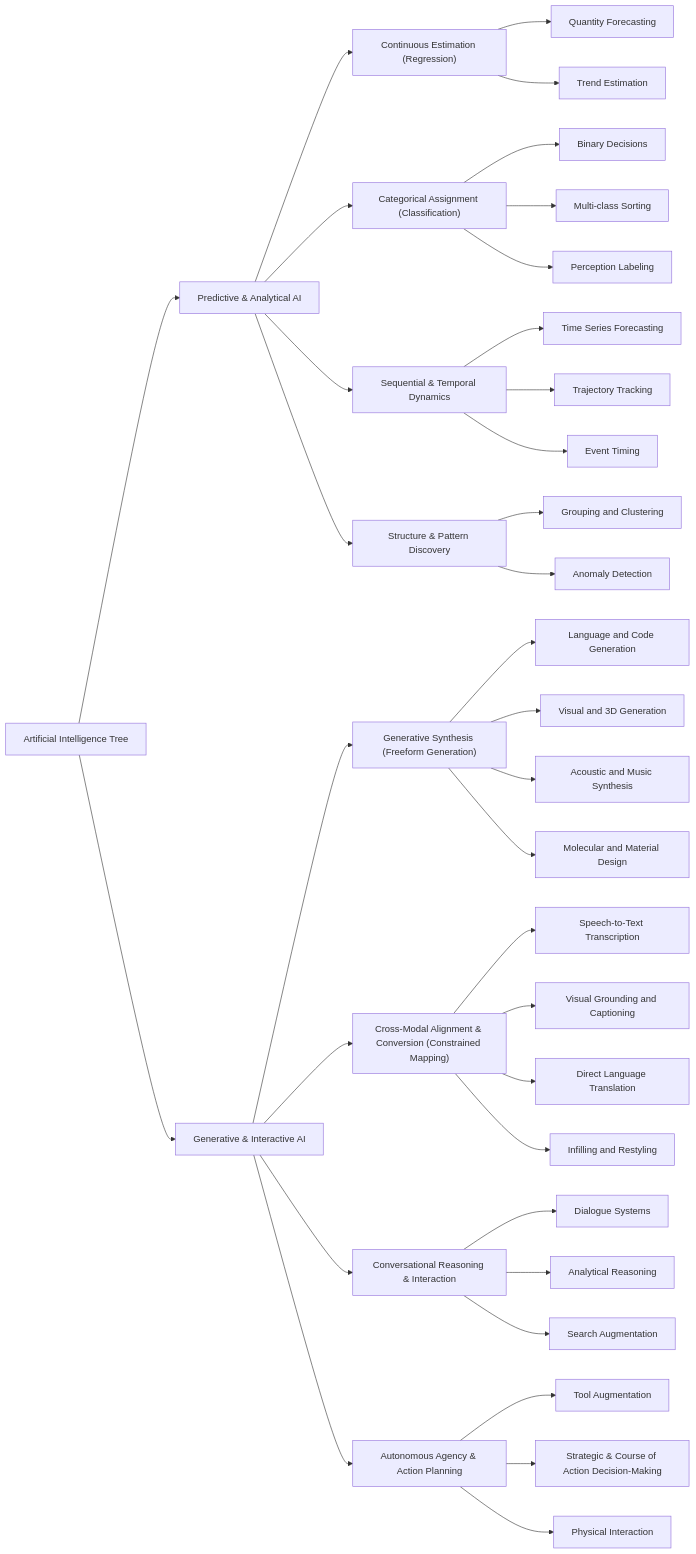
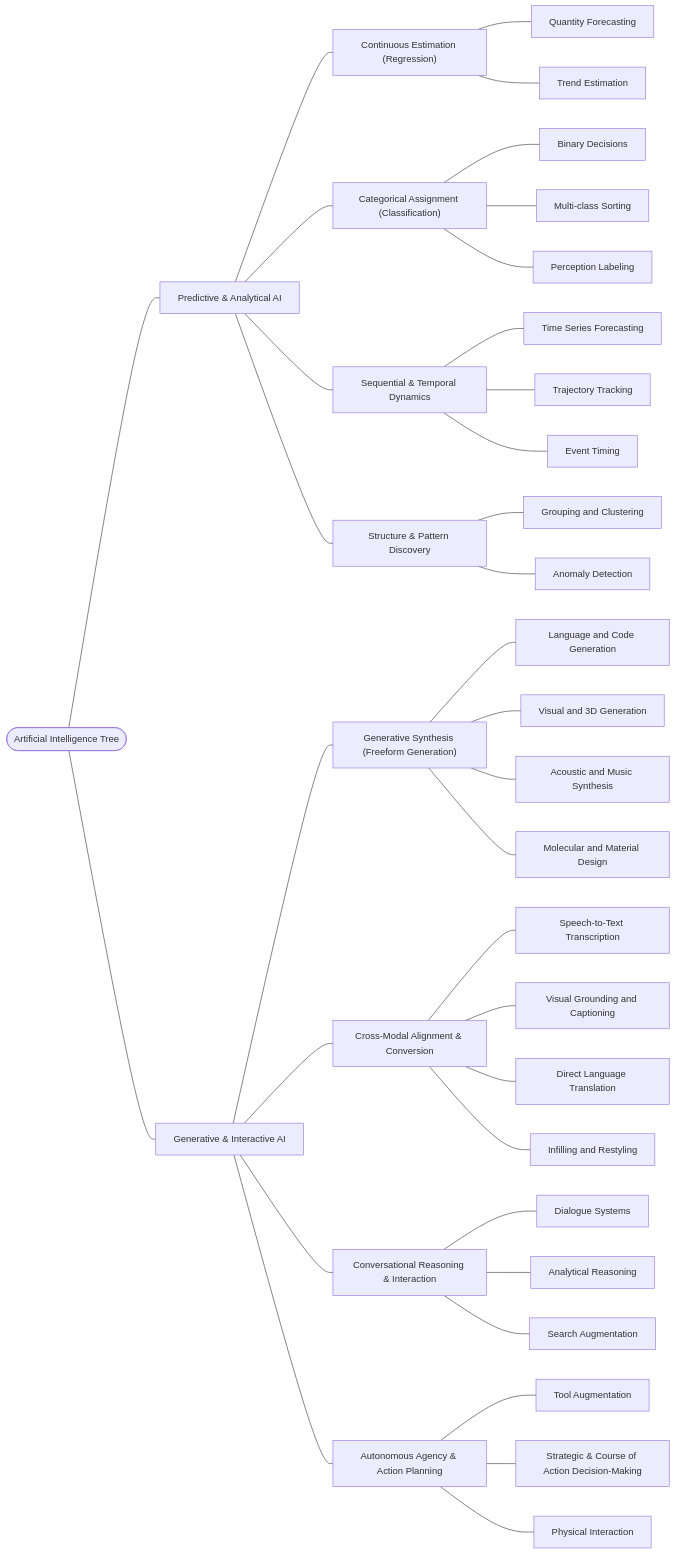
The diagram in charts/AI_tree.mmd (THEGerm/AI-Chart), drawn with Mermaid before and after one commit.

Commit message:
Refactor AI tree diagram for better clarity

```diff
--- a/charts/AI_tree.mmd
+++ b/charts/AI_tree.mmd
@@ -1,46 +1,46 @@
 flowchart LR
-    AI["Artificial Intelligence Tree"]
+    AI(["Artificial Intelligence Tree"]):::ucRoot
     
-    AI --> B1["Predictive & Analytical AI"]
+    AI --- B1["Predictive & Analytical AI"]:::ucBlue
     
-    B1 --> B1A["Continuous Estimation (Regression)"]
-    B1A --> B1A1["Quantity Forecasting"]
-    B1A --> B1A2["Trend Estimation"]
+    B1 --- B1A["Continuous Estimation (Regression)"]:::ucGreen
+    B1A --- B1A1["Quantity Forecasting"]
+    B1A --- B1A2["Trend Estimation"]
     
-    B1 --> B1B["Categorical Assignment (Classification)"]
-    B1B --> B1B1["Binary Decisions"]
-    B1B --> B1B2["Multi-class Sorting"]
-    B1B --> B1B3["Perception Labeling"]
+    B1 --- B1B["Categorical Assignment (Classification)"]:::ucGreen
+    B1B --- B1B1["Binary Decisions"]
+    B1B --- B1B2["Multi-class Sorting"]
+    B1B --- B1B3["Perception Labeling"]
     
-    B1 --> B1C["Sequential & Temporal Dynamics"]
-    B1C --> B1C1["Time Series Forecasting"]
-    B1C --> B1C2["Trajectory Tracking"]
-    B1C --> B1C3["Event Timing"]
+    B1 --- B1C["Sequential & Temporal Dynamics"]:::ucGreen
+    B1C --- B1C1["Time Series Forecasting"]
+    B1C --- B1C2["Trajectory Tracking"]
+    B1C --- B1C3["Event Timing"]
     
-    B1 --> B1D["Structure & Pattern Discovery"]
-    B1D --> B1D1["Grouping and Clustering"]
-    B1D --> B1D2["Anomaly Detection"]
+    B1 --- B1D["Structure & Pattern Discovery"]:::ucGreen
+    B1D --- B1D1["Grouping and Clustering"]
+    B1D --- B1D2["Anomaly Detection"]
     
-    AI --> B2["Generative & Interactive AI"]
+    AI --- B2["Generative & Interactive AI"]:::ucOrange
     
-    B2 --> B2A["Generative Synthesis (Freeform Generation)"]
-    B2A --> B2A1["Language and Code Generation"]
-    B2A --> B2A2["Visual and 3D Generation"]
-    B2A --> B2A3["Acoustic and Music Synthesis"]
-    B2A --> B2A4["Molecular and Material Design"]
+    B2 --- B2A["Generative Synthesis (Freeform Generation)"]:::ucYellow
+    B2A --- B2A1["Language and Code Generation"]
+    B2A --- B2A2["Visual and 3D Generation"]
+    B2A --- B2A3["Acoustic and Music Synthesis"]
+    B2A --- B2A4["Molecular and Material Design"]
     
-    B2 --> B2B["Cross-Modal Alignment & Conversion (Constrained Mapping)"]
-    B2B --> B2B1["Speech-to-Text Transcription"]
-    B2B --> B2B2["Visual Grounding and Captioning"]
-    B2B --> B2B3["Direct Language Translation"]
-    B2B --> B2B4["Infilling and Restyling"]
+    B2 --- B2B["Cross-Modal Alignment & Conversion"]:::ucYellow
+    B2B --- B2B1["Speech-to-Text Transcription"]
+    B2B --- B2B2["Visual Grounding and Captioning"]
+    B2B --- B2B3["Direct Language Translation"]
+    B2B --- B2B4["Infilling and Restyling"]
     
-    B2 --> B2C["Conversational Reasoning & Interaction"]
-    B2C --> B2C1["Dialogue Systems"]
-    B2C --> B2C2["Analytical Reasoning"]
-    B2C --> B2C3["Search Augmentation"]
+    B2 --- B2C["Conversational Reasoning & Interaction"]:::ucYellow
+    B2C --- B2C1["Dialogue Systems"]
+    B2C --- B2C2["Analytical Reasoning"]
+    B2C --- B2C3["Search Augmentation"]
     
-    B2 --> B2D["Autonomous Agency & Action Planning"]
-    B2D --> B2D1["Tool Augmentation"]
-    B2D --> B2D2["Strategic & Course of Action Decision-Making"]
-    B2D --> B2D3["Physical Interaction"]
+    B2 --- B2D["Autonomous Agency & Action Planning"]:::ucYellow
+    B2D --- B2D1["Tool Augmentation"]
+    B2D --- B2D2["Strategic & Course of Action Decision-Making"]
+    B2D --- B2D3["Physical Interaction"]
```
